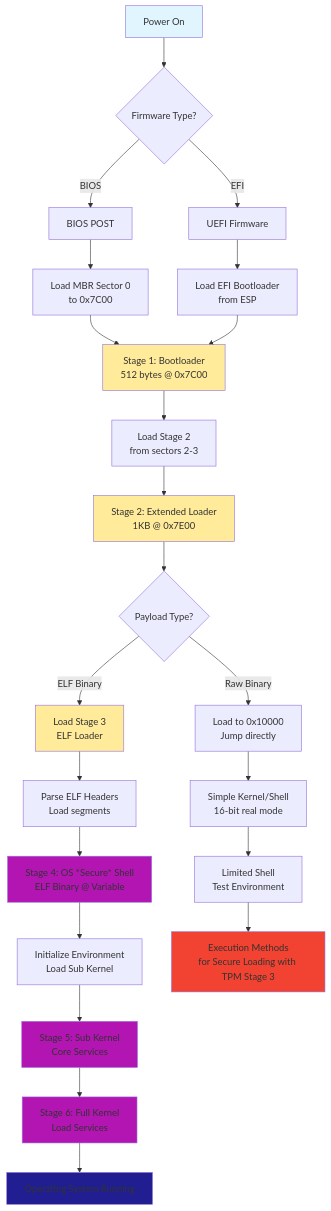
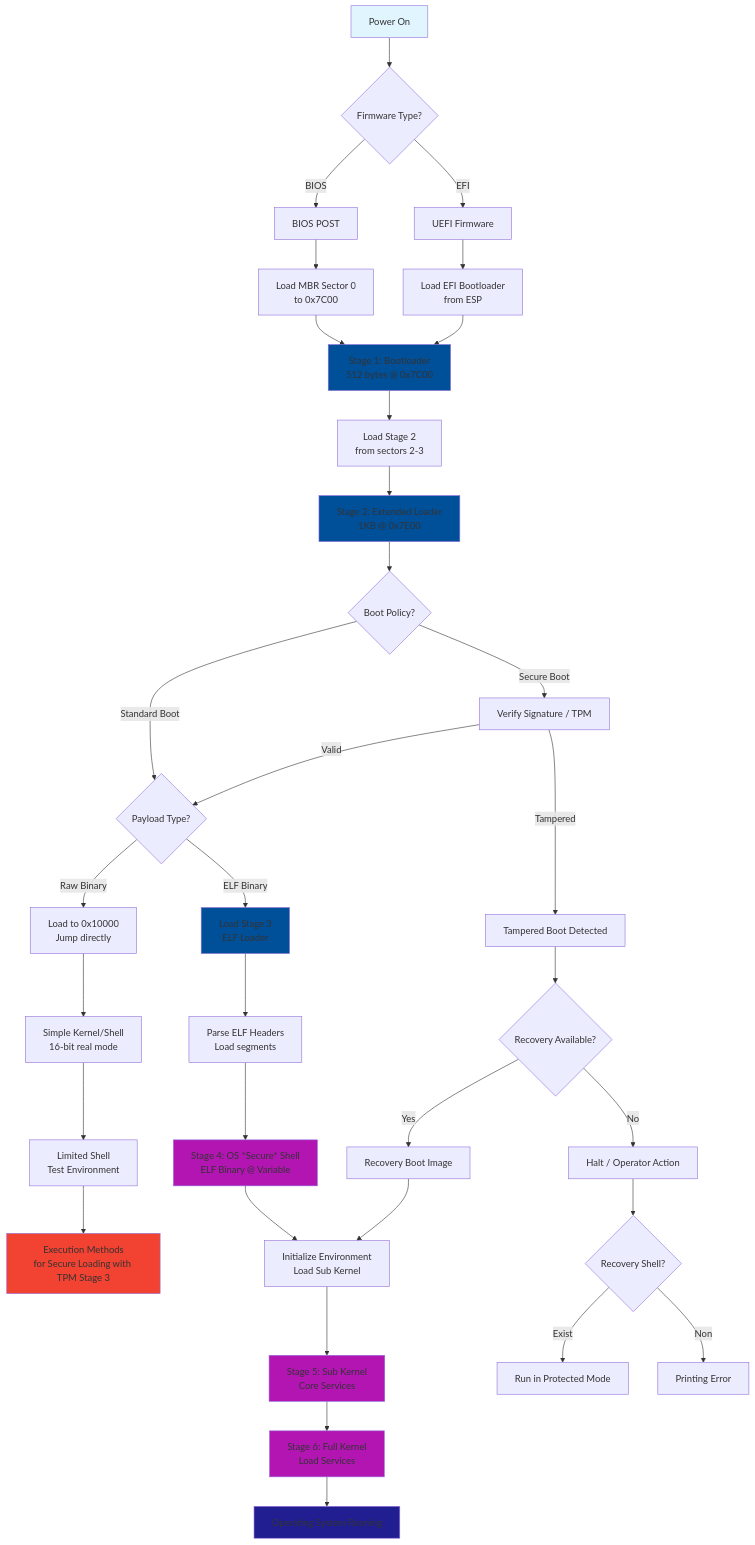
The diagram in Architecture.md (DevKiDCosmo/NaoBootloader), drawn with Mermaid before and after one commit.

Commit message:
Enhance architecture diagram to include secure boot flow and recovery options

````diff
--- a/Architecture.md
+++ b/Architecture.md
@@ -135,43 +135,55 @@
 ```mermaid
 flowchart TD
     A[Power On] --> B{Firmware Type?}
     B -->|BIOS| C[BIOS POST]
     B -->|EFI| D[UEFI Firmware]
     
     C --> E[Load MBR Sector 0<br/>to 0x7C00]
     D --> F[Load EFI Bootloader<br/>from ESP]
     
     E --> G[Stage 1: Bootloader<br/>512 bytes @ 0x7C00]
     F --> G
     
     G --> H[Load Stage 2<br/>from sectors 2-3]
     H --> I[Stage 2: Extended Loader<br/>1KB @ 0x7E00]
-    
-    I --> J{Payload Type?}
+
+    I --> U{Boot Policy?}
+    U -->|Standard Boot| J{Payload Type?}
+    U -->|Secure Boot| V[Verify Signature / TPM]
+    V -->|Valid| J
+    V -->|Tampered| W[Tampered Boot Detected]
+    W --> X{Recovery Available?}
+    X -->|Yes| Y[Recovery Boot Image]
+    X -->|No| Z[Halt / Operator Action]
+    Z --> HA{Recovery Shell?}
+    HA --> |Exist| AS[Run in Protected Mode]
+    HA --> |Non| AK[Printing Error]
+
     J -->|Raw Binary| K[Load to 0x10000<br/>Jump directly]
     J -->|ELF Binary| L[Load Stage 3<br/>ELF Loader]
     
     K --> M[Simple Kernel/Shell<br/>16-bit real mode]
     L --> N[Parse ELF Headers<br/>Load segments]
     
     N --> O[Stage 4: OS *Secure* Shell<br/>ELF Binary @ Variable]
     
     O --> P[Initialize Environment<br/>Load Sub Kernel]
     P --> Q[Stage 5: Sub Kernel<br/>Core Services]
     
     Q --> R[Stage 6: Full Kernel<br/>Load Services]
     R --> S[Operating System Running]
     
     M --> T[Limited Shell<br/>Test Environment]
     T --> TA[Execution Methods</br>for Secure Loading with TPM Stage 3]
+    Y --> P
     
     style A fill:#e1f5ff
-    style G fill:#ffeb99
-    style I fill:#ffeb99
-    style L fill:#ffeb99
+    style G fill:#004f99
+    style I fill:#004f99
+    style L fill:#004f99
     style O fill:#b315b3
     style Q fill:#b315b3
     style R fill:#b315b3
     style S fill:#201e90
     style TA fill:#F24232
 ```
````
